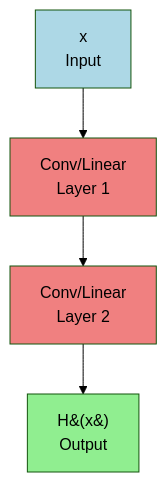
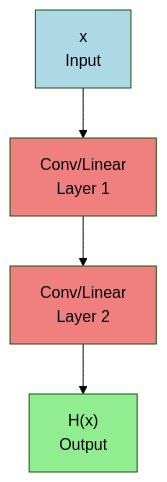
One commit to snowch/snowch.github.io changed the first of 5 diagrams in ai-eng/embedding-anomaly-detection/part1-understanding-resnet.md. Above: the diagram before and after it, drawn with Mermaid (forest theme). The commit also changed other lines of this file, not shown here.

Commit message:
Fix H(x) rendering in Plain/Residual block diagrams
Updated the first two mermaid diagrams to use quoted strings with direct parentheses "H(x)" instead of HTML entities. Now all mermaid diagrams consistently render H(x) properly.

````diff
--- a/ai-eng/embedding-anomaly-detection/part1-understanding-resnet.md
+++ b/ai-eng/embedding-anomaly-detection/part1-understanding-resnet.md
@@ -189,11 +189,11 @@
 ```{mermaid}
 graph TB
-    X1[x<br/>Input] --> L1[Conv/Linear<br/>Layer 1]
-    L1 --> L2[Conv/Linear<br/>Layer 2]
-    L2 --> H1[H&#40;x&#41;<br/>Output]
+    X1["x<br/>Input"] --> L1["Conv/Linear<br/>Layer 1"]
+    L1 --> L2["Conv/Linear<br/>Layer 2"]
+    L2 --> H1["H(x)<br/>Output"]
 
     style X1 fill:#ADD8E6
     style L1 fill:#F08080
     style L2 fill:#F08080
     style H1 fill:#90EE90
 ```
````
